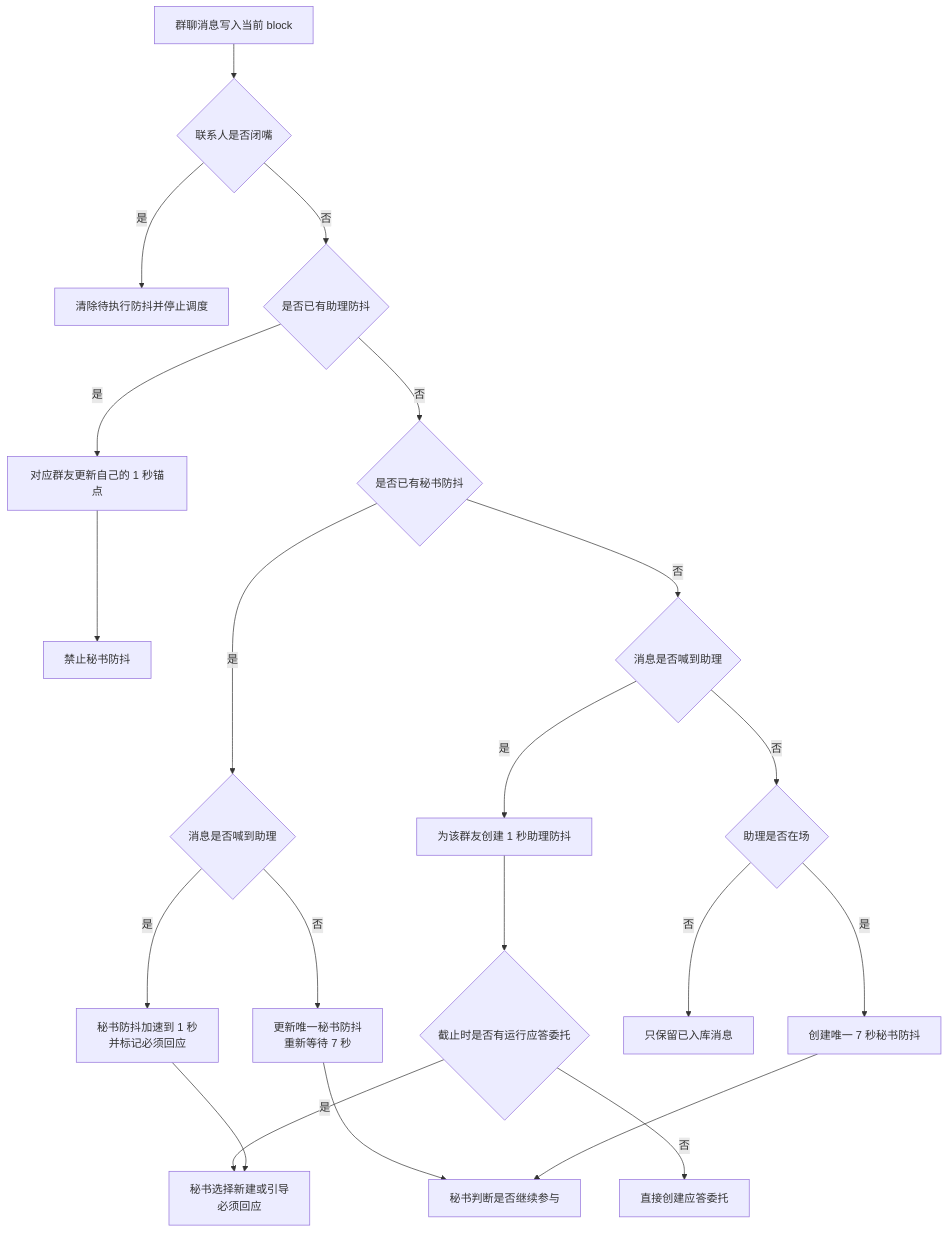
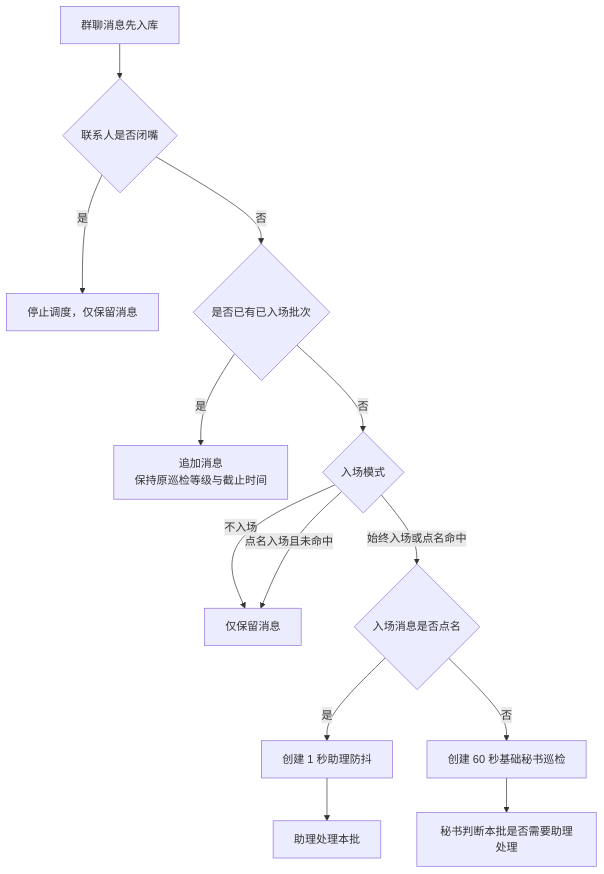
The second of 3 diagrams in docs/remote_im_state_machine.md (WhiteMoon319/P-ai), drawn with Mermaid before and after one commit. The commit also changed other lines of this file and 16 other files, not shown here.

````diff
--- a/docs/remote_im_state_machine.md
+++ b/docs/remote_im_state_machine.md
@@ -342,28 +324,15 @@
 ```mermaid
 flowchart TD
-  A[群聊消息写入当前 block] --> B{联系人是否闭嘴}
-  B -- 是 --> C[清除待执行防抖并停止调度]
-  B -- 否 --> D{是否已有助理防抖}
-
-  D -- 是 --> E[对应群友更新自己的 1 秒锚点]
-  E --> F[禁止秘书防抖]
-
-  D -- 否 --> G{是否已有秘书防抖}
-  G -- 是 --> H{消息是否喊到助理}
-  H -- 是 --> I[秘书防抖加速到 1 秒\n并标记必须回应]
-  H -- 否 --> J[更新唯一秘书防抖\n重新等待 7 秒]
-
-  G -- 否 --> K{消息是否喊到助理}
-  K -- 是 --> L[为该群友创建 1 秒助理防抖]
-  K -- 否 --> M{助理是否在场}
-  M -- 是 --> N[创建唯一 7 秒秘书防抖]
-  M -- 否 --> O[只保留已入库消息]
-
-  L --> P{截止时是否有运行应答委托}
-  P -- 否 --> Q[直接创建应答委托]
-  P -- 是 --> R[秘书选择新建或引导\n必须回应]
-
-  I --> R
-  J --> S[秘书判断是否继续参与]
-  N --> S
+  A[群聊消息先入库] --> B{联系人是否闭嘴}
+  B -- 是 --> C[停止调度，仅保留消息]
+  B -- 否 --> D{是否已有已入场批次}
+  D -- 是 --> E[追加消息\n保持原巡检等级与截止时间]
+  D -- 否 --> F{入场模式}
+  F -- 不入场 --> G[仅保留消息]
+  F -- 点名入场且未命中 --> G
+  F -- 始终入场或点名命中 --> H{入场消息是否点名}
+  H -- 是 --> I[创建 1 秒助理防抖]
+  H -- 否 --> J[创建 60 秒基础秘书巡检]
+  I --> K[助理处理本批]
+  J --> L[秘书判断本批是否需要助理处理]
 ```
````
